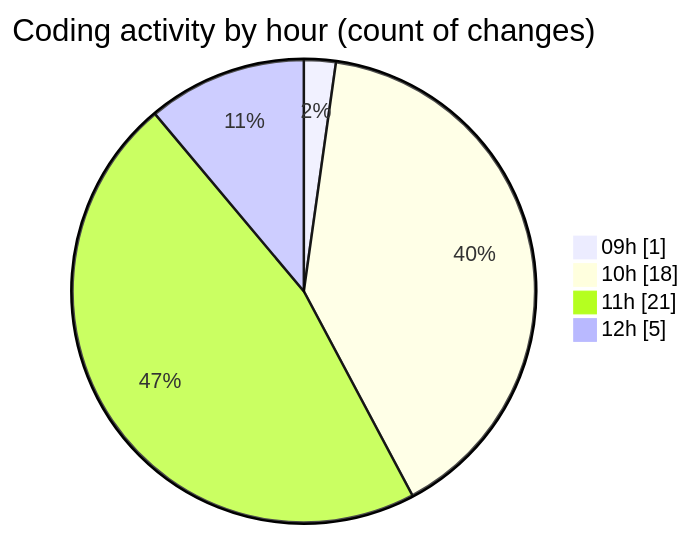
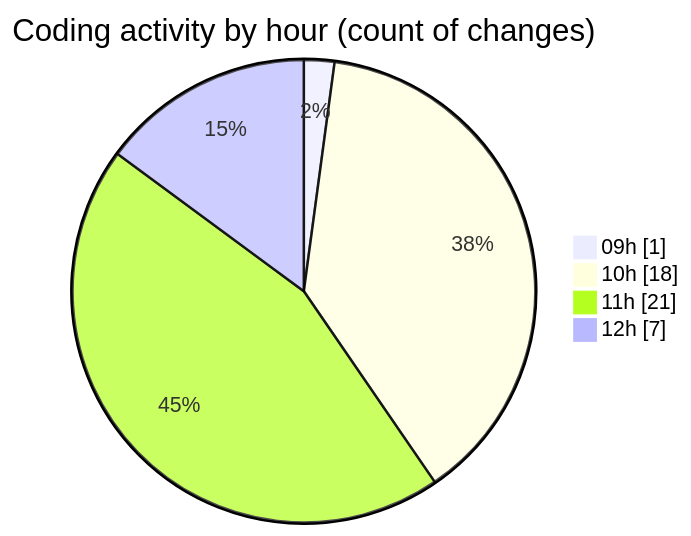
One commit to momahboobian/code-tracking changed the second of 2 diagrams in 2026-08-11/cda/README.md. Above: the diagram before and after it, drawn with Mermaid. The commit also changed other lines of this file and 1 other file, not shown here.

````diff
--- a/2026-08-11/cda/README.md
+++ b/2026-08-11/cda/README.md
@@ -45,8 +46,8 @@
 ```mermaid
 pie showData
 title Coding activity by hour (count of changes)
 "09h" : 1
 "10h" : 18
 "11h" : 21
-"12h" : 5
+"12h" : 7
 ```
````
